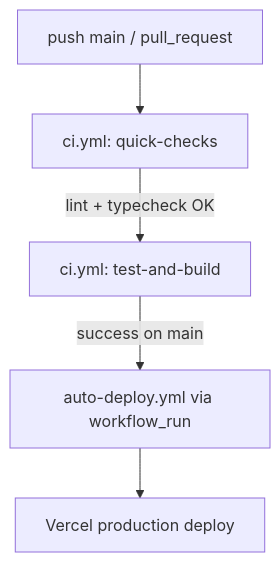
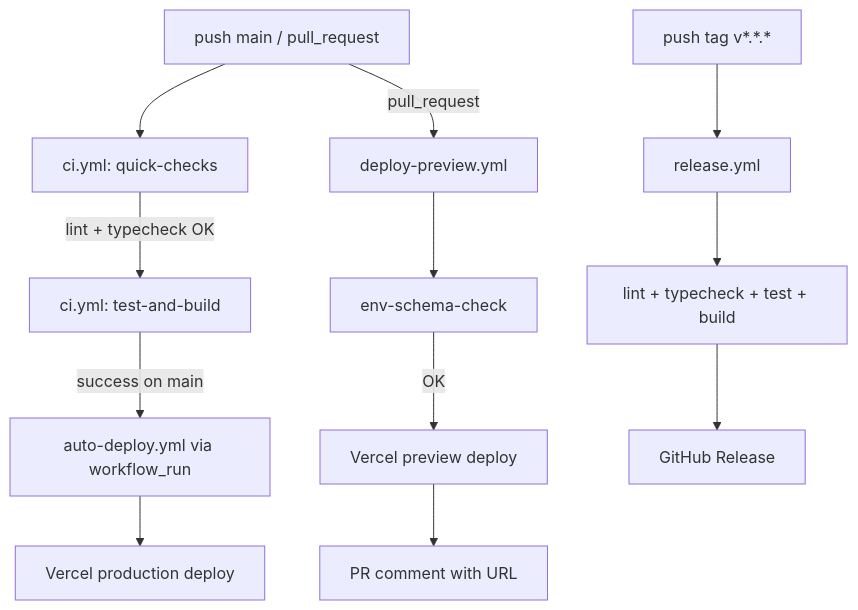
The diagram in NOTES/runbook.md (NeXifyAI-cloud/opencarbox), drawn with Mermaid before and after one commit. The commit also changed other lines of this file and 10 other files, not shown here.

First line of the commit message:
refactor: optimize and extend — env check guards, deploy-preview hardening, RLS workflow, ADRs, CI diagram

````diff
--- a/NOTES/runbook.md
+++ b/NOTES/runbook.md
@@ -165,7 +165,14 @@
 ```mermaid
 flowchart TD
   A[push main / pull_request] --> B[ci.yml: quick-checks]
   B -->|lint + typecheck OK| C[ci.yml: test-and-build]
   C -->|success on main| D[auto-deploy.yml via workflow_run]
   D --> E[Vercel production deploy]
+  A -->|pull_request| F[deploy-preview.yml]
+  F --> G[env-schema-check]
+  G -->|OK| H[Vercel preview deploy]
+  H --> I[PR comment with URL]
+  J[push tag v*.*.*] --> K[release.yml]
+  K --> L[lint + typecheck + test + build]
+  L --> M[GitHub Release]
 ```
````
